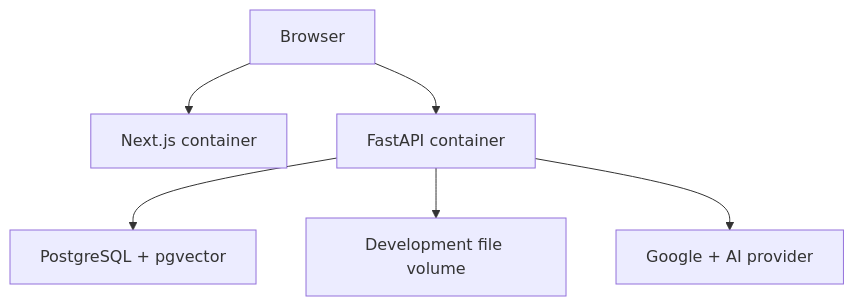
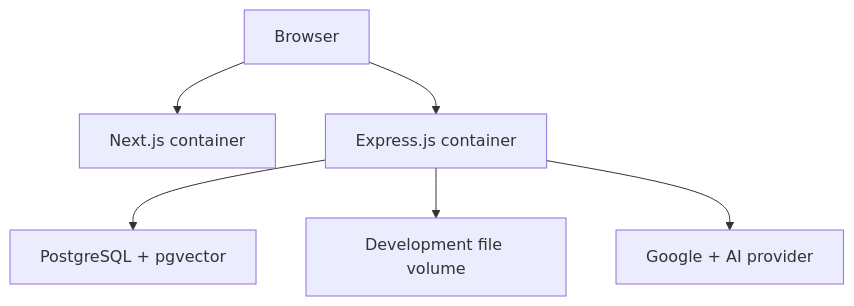
One commit to SteveJO789/LearnlyAi changed the fourth of 4 diagrams in docs/architecture.md. Above: the diagram before and after it, drawn with Mermaid. The commit also changed other lines of this file and 7 other files, not shown here.

Commit message:
docs: switch backend architecture to Express.js

````diff
--- a/docs/architecture.md
+++ b/docs/architecture.md
@@ -120,8 +120,8 @@
 ```mermaid
 flowchart TB
     Browser["Browser"] --> Web["Next.js container"]
-    Browser --> API["FastAPI container"]
+    Browser --> API["Express.js container"]
     API --> DB["PostgreSQL + pgvector"]
     API --> Volume["Development file volume"]
     API --> External["Google + AI provider"]
 ```
````
